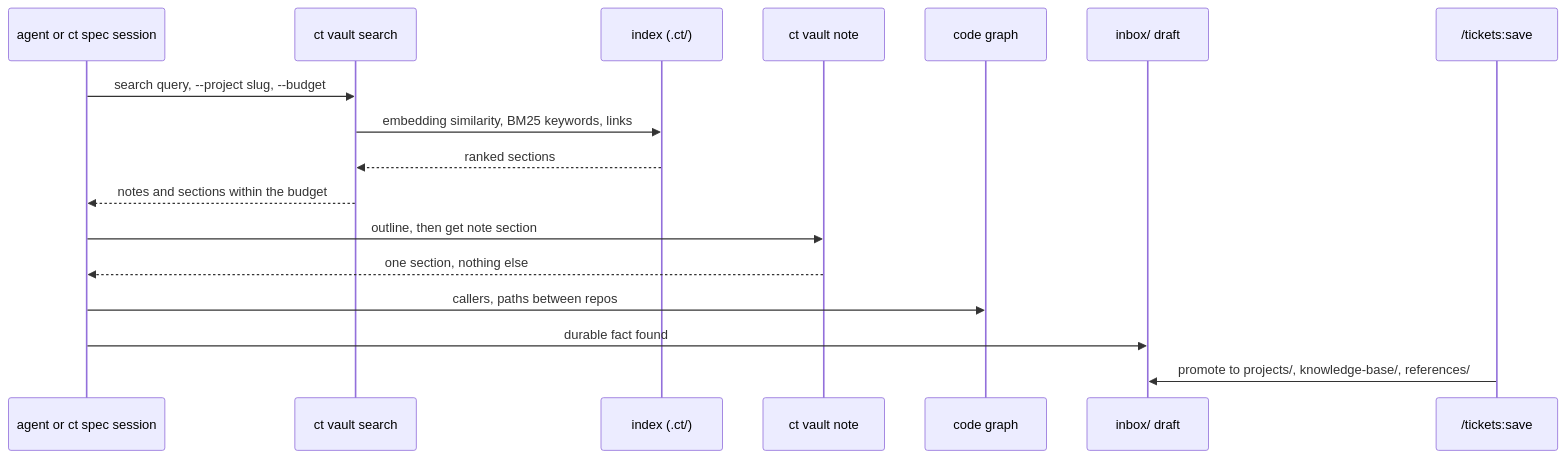
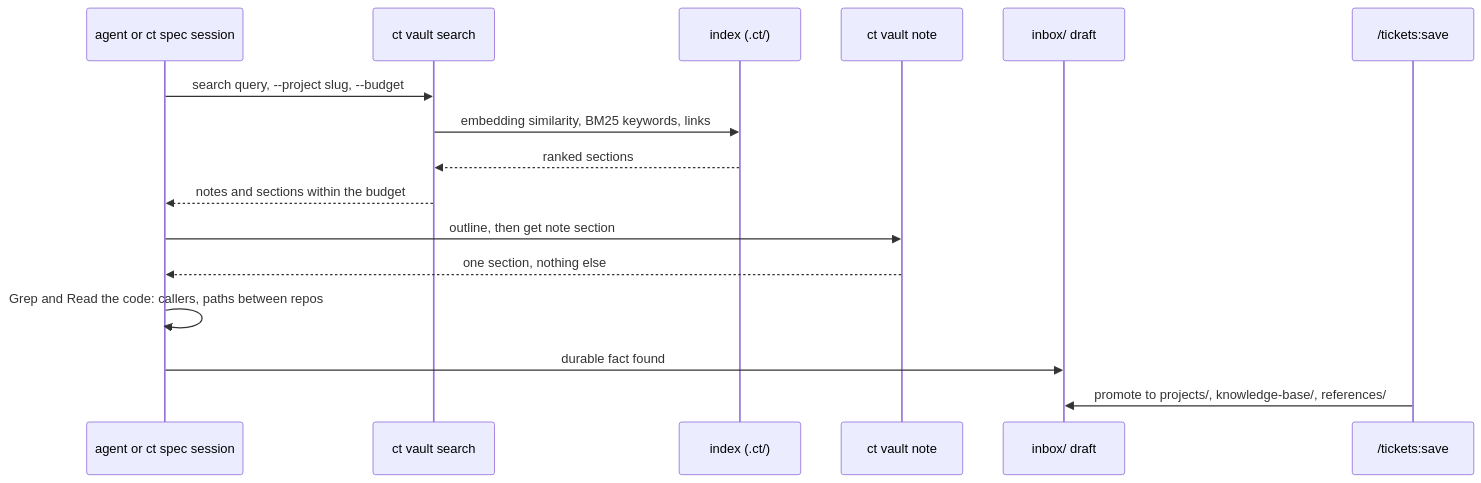
The diagram in docs/knowledge-base.md (zero4573/claude-tickets), drawn with Mermaid before and after one commit. The commit also changed other lines of this file and 77 other files, not shown here.

Commit message:
Removed graphify+fff as they weren't contributing much to helping reduce token usage or speeding up request/responses

````diff
--- a/docs/knowledge-base.md
+++ b/docs/knowledge-base.md
@@ -7,19 +7,18 @@
 ```mermaid
 sequenceDiagram
   participant A as agent or ct spec session
   participant S as ct vault search
   participant X as index (.ct/)
   participant N as ct vault note
-  participant G as code graph
   participant D as inbox/ draft
   participant V as /tickets:save
   A->>S: search query, --project slug, --budget
   S->>X: embedding similarity, BM25 keywords, links
   X-->>S: ranked sections
   S-->>A: notes and sections within the budget
   A->>N: outline, then get note section
   N-->>A: one section, nothing else
-  A->>G: callers, paths between repos
+  A->>A: Grep and Read the code: callers, paths between repos
   A->>D: durable fact found
   V->>D: promote to projects/, knowledge-base/, references/
 ```
````
